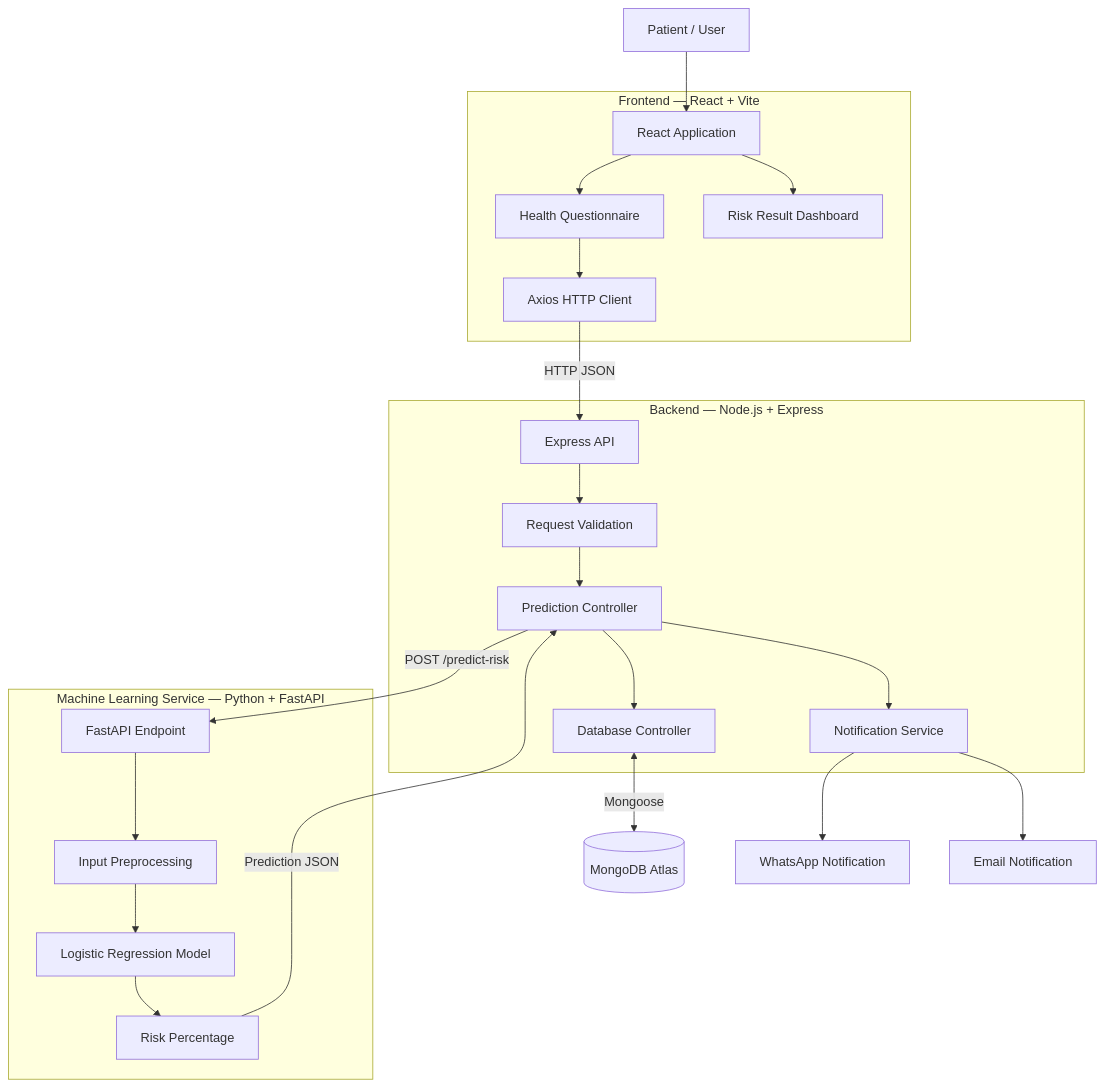
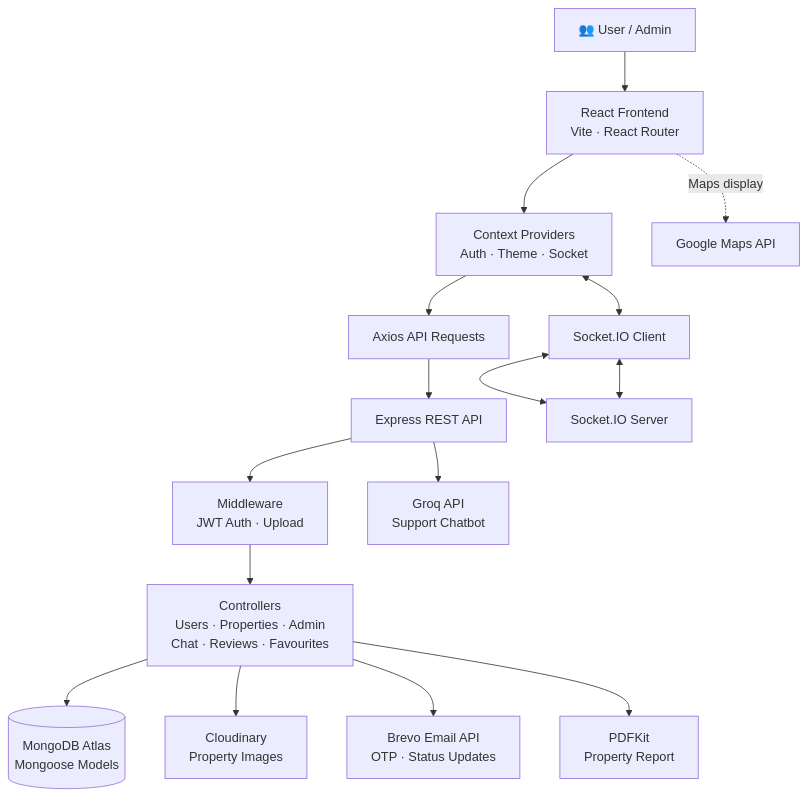
The first of 5 diagrams in README.md (Rishabh-022/Property-bazaar), drawn with Mermaid before and after one commit. The commit also changed other lines of this file, not shown here.

First line of the commit message:
Revise README for Property Bazzar project

````diff
--- a/README.md
+++ b/README.md
@@ -131,51 +147,18 @@
-```mermaid
+``` mermaid
 flowchart TB
-    U["Patient / User"]
-
-    subgraph FRONTEND["Frontend — React + Vite"]
-        A["React Application"]
-        B["Health Questionnaire"]
-        C["Risk Result Dashboard"]
-        D["Axios HTTP Client"]
-
-        A --> B
-        A --> C
-        B --> D
-    end
-
-    subgraph BACKEND["Backend — Node.js + Express"]
-        E["Express API"]
-        F["Request Validation"]
-        G["Prediction Controller"]
-        H["Notification Service"]
-        I["Database Controller"]
-
-        E --> F
-        F --> G
-        G --> H
-        G --> I
-    end
-
-    subgraph ML["Machine Learning Service — Python + FastAPI"]
-        J["FastAPI Endpoint"]
-        K["Input Preprocessing"]
-        L["Logistic Regression Model"]
-        M["Risk Percentage"]
-
-        J --> K
-        K --> L
-        L --> M
-    end
-
-    DB[("MongoDB Atlas")]
-    WA["WhatsApp Notification"]
-    MAIL["Email Notification"]
-
-    U --> A
-    D -->|"HTTP JSON"| E
-    G -->|"POST /predict-risk"| J
-    M -->|"Prediction JSON"| G
-    I <-->|"Mongoose"| DB
-    H --> WA
-    H --> MAIL
+    U["👥 User / Admin"] --> FE["React Frontend<br/>Vite · React Router"]
+    FE --> CTX["Context Providers<br/>Auth · Theme · Socket"]
+    CTX --> HTTP["Axios API Requests"]
+    CTX <--> WS["Socket.IO Client"]
+    HTTP --> API["Express REST API"]
+    WS <--> IO["Socket.IO Server"]
+    API --> MW["Middleware<br/>JWT Auth · Upload"]
+    MW --> CTRL["Controllers<br/>Users · Properties · Admin<br/>Chat · Reviews · Favourites"]
+    CTRL --> DB[("MongoDB Atlas<br/>Mongoose Models")]
+    CTRL --> CL["Cloudinary<br/>Property Images"]
+    CTRL --> MAIL["Brevo Email API<br/>OTP · Status Updates"]
+    CTRL --> PDF["PDFKit<br/>Property Report"]
+    API --> GROQ["Groq API<br/>Support Chatbot"]
+    IO <--> WS
+    FE -. "Maps display" .-> MAP["Google Maps API"]
 ```
````
